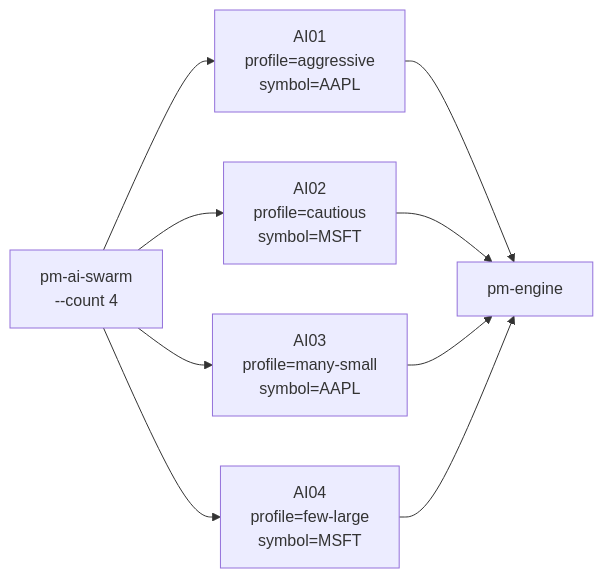
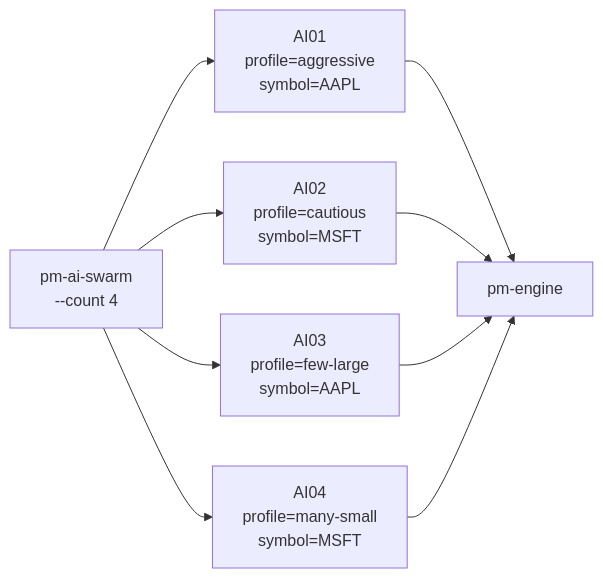
One commit to johan162/EduMatcher changed the third of 3 diagrams in docs/user-guide/110-ai-traders.md. Above: the diagram before and after it, drawn with Mermaid. The commit also changed other lines of this file and 3 other files, not shown here.

````diff
--- a/docs/user-guide/110-ai-traders.md
+++ b/docs/user-guide/110-ai-traders.md
@@ -205,12 +207,12 @@
 ```mermaid
 flowchart LR
     SWARM["pm-ai-swarm\n--count 4"]
     BOT1["AI01\nprofile=aggressive\nsymbol=AAPL"]
     BOT2["AI02\nprofile=cautious\nsymbol=MSFT"]
-    BOT3["AI03\nprofile=many-small\nsymbol=AAPL"]
-    BOT4["AI04\nprofile=few-large\nsymbol=MSFT"]
+    BOT3["AI03\nprofile=few-large\nsymbol=AAPL"]
+    BOT4["AI04\nprofile=many-small\nsymbol=MSFT"]
     ENG["pm-engine"]
 
     SWARM --> BOT1 & BOT2 & BOT3 & BOT4
     BOT1 & BOT2 & BOT3 & BOT4 --> ENG
 ```
````
